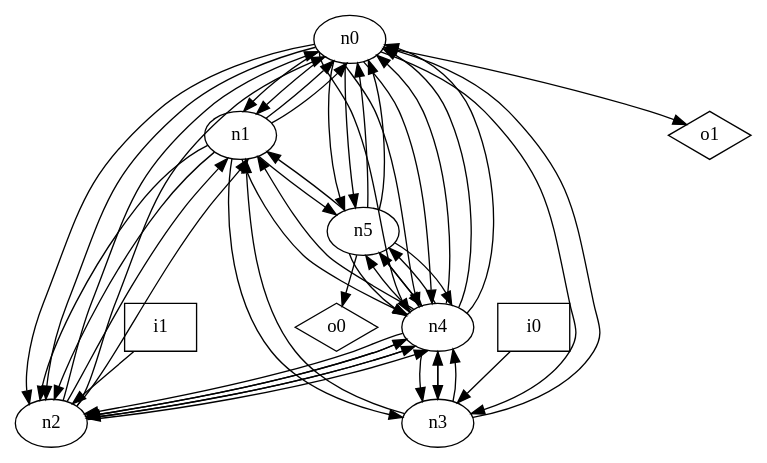
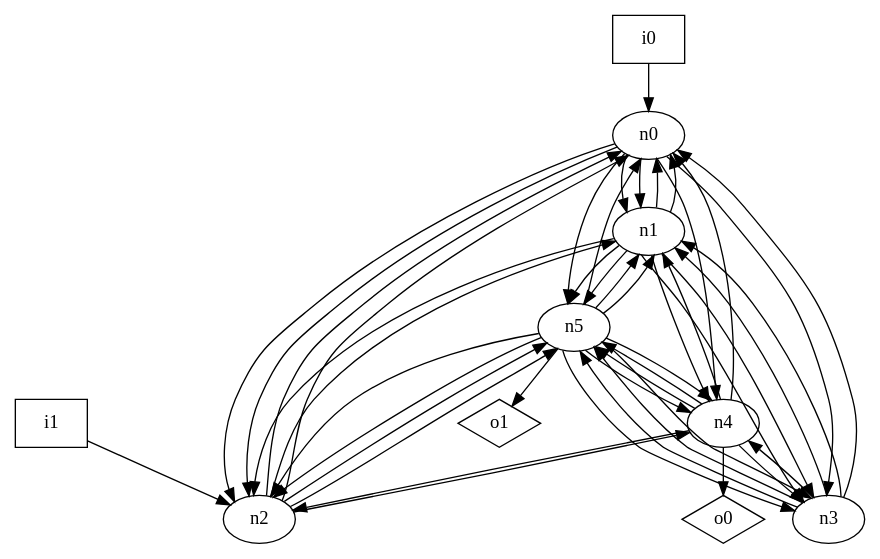
The diagram in dot_files/random_graph/undirected_loop_free_graph.dot (p9romain/bool-circuits), drawn with Graphviz before and after one commit. The commit also changed 74 other files, not shown here.

```diff
--- a/dot_files/random_graph/undirected_loop_free_graph.dot
+++ b/dot_files/random_graph/undirected_loop_free_graph.dot
@@ -1,62 +1,58 @@
 digraph G {
 n0 [label="n0"];
 n1 [label="n1"];
 n2 [label="n2"];
 n3 [label="n3"];
 n4 [label="n4"];
 n5 [label="n5"];
 n6 [label="i0",shape="box"];
 n7 [label="i1",shape="box"];
 n8 [label="o0",shape="diamond"];
 n9 [label="o1",shape="diamond"];
 n0 -> n1
 n0 -> n1
 n0 -> n2
 n0 -> n2
 n0 -> n3
 n0 -> n4
-n0 -> n4
-n0 -> n4
 n0 -> n5
-n0 -> n5
-n0 -> n9
 n1 -> n0
 n1 -> n0
 n1 -> n2
-n1 -> n2
+n1 -> n3
 n1 -> n3
 n1 -> n4
+n1 -> n5
 n1 -> n5
 n2 -> n0
 n2 -> n0
 n2 -> n1
-n2 -> n1
 n2 -> n4
-n2 -> n4
-n2 -> n4
+n2 -> n5
+n2 -> n5
 n3 -> n0
 n3 -> n1
+n3 -> n1
 n3 -> n4
-n3 -> n4
-n4 -> n0
-n4 -> n0
+n3 -> n5
+n3 -> n5
 n4 -> n0
 n4 -> n1
 n4 -> n2
-n4 -> n2
-n4 -> n2
-n4 -> n3
 n4 -> n3
 n4 -> n5
 n4 -> n5
-n4 -> n5
-n5 -> n0
+n4 -> n8
 n5 -> n0
 n5 -> n1
+n5 -> n1
+n5 -> n2
+n5 -> n2
+n5 -> n3
+n5 -> n3
 n5 -> n4
 n5 -> n4
-n5 -> n4
-n5 -> n8
-n6 -> n3
+n5 -> n9
+n6 -> n0
 n7 -> n2
 }
```
